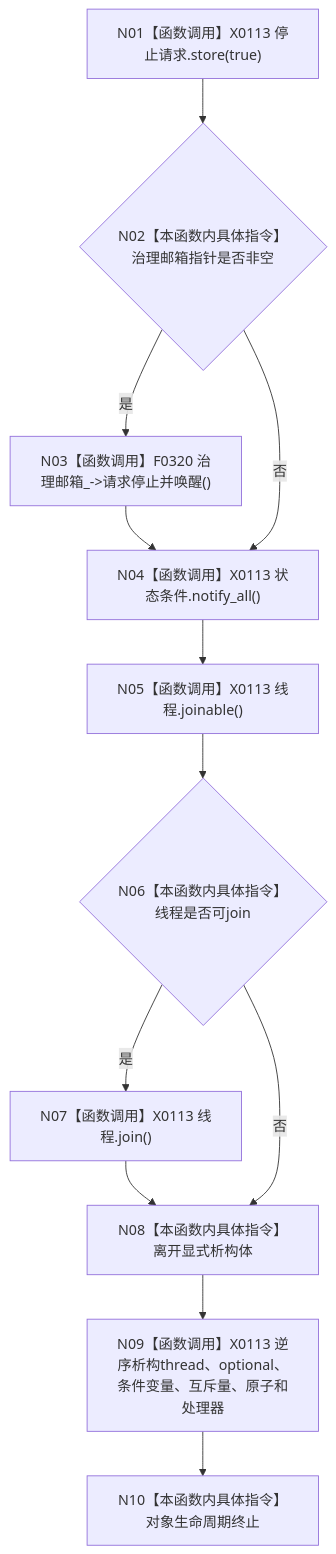
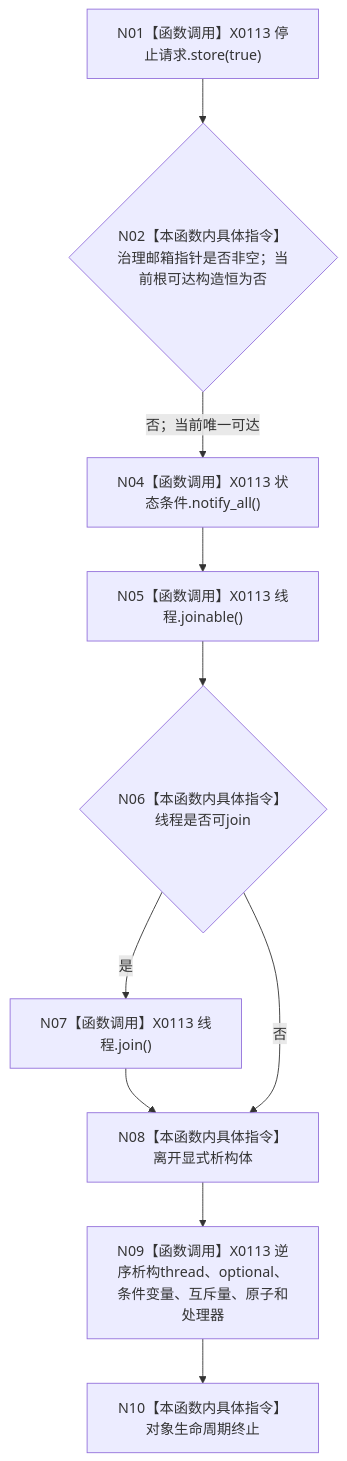
Before and after one commit to chunhaizh-cyber/HY-Ego: the diagram in 流程图/代码流程图/L5/CF-L5-0012_自我线程析构_现状流程图.md, drawn with Mermaid. The commit also changed other lines of this file and 21 other files, not shown here.

Commit message:
docs(flowchart): 展开F0321至F0325代码流程

````diff
--- a/流程图/代码流程图/L5/CF-L5-0012_自我线程析构_现状流程图.md
+++ b/流程图/代码流程图/L5/CF-L5-0012_自我线程析构_现状流程图.md
@@ -10,20 +12,18 @@
 ```mermaid
 flowchart TD
     N01["N01【函数调用】X0113 停止请求.store(true)"]
-    N02{"N02【本函数内具体指令】治理邮箱指针是否非空"}
-    N03["N03【函数调用】F0320 治理邮箱_->请求停止并唤醒()"]
+    N02{"N02【本函数内具体指令】治理邮箱指针是否非空；当前根可达构造恒为否"}
     N04["N04【函数调用】X0113 状态条件.notify_all()"]
     N05["N05【函数调用】X0113 线程.joinable()"]
     N06{"N06【本函数内具体指令】线程是否可join"}
     N07["N07【函数调用】X0113 线程.join()"]
     N08["N08【本函数内具体指令】离开显式析构体"]
     N09["N09【函数调用】X0113 逆序析构thread、optional、条件变量、互斥量、原子和处理器"]
     N10["N10【本函数内具体指令】对象生命周期终止"]
     N01 --> N02
-    N02 -- "是" --> N03 --> N04
-    N02 -- "否" --> N04
+    N02 -- "否；当前唯一可达" --> N04
     N04 --> N05 --> N06
     N06 -- "是" --> N07 --> N08
     N06 -- "否" --> N08
     N08 --> N09 --> N10
 ```
````
